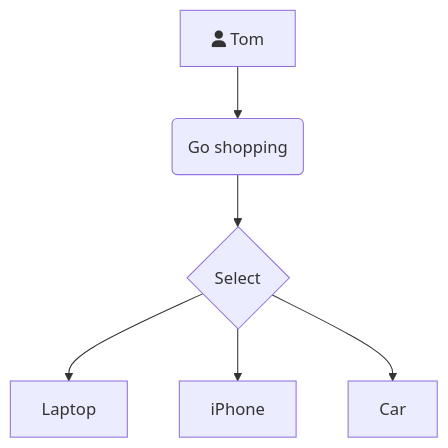
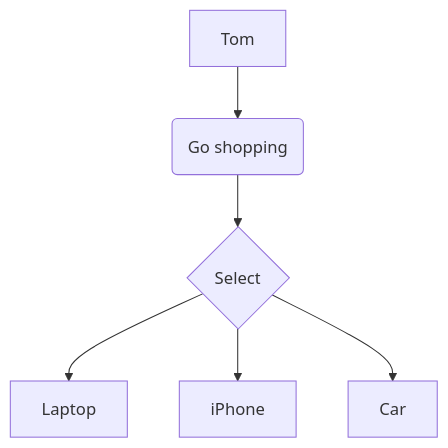
The diagram in all/未命名-1.md (123shuhai/iodraw-files), drawn with Mermaid before and after one commit.

Commit message:
2025-05-06 16:16:04 update

````diff
--- a/all/未命名-1.md
+++ b/all/未命名-1.md
@@ -1,9 +1,10 @@
 ```mermaid
 graph TD
-    A[fa:fa-user Tom] --> B(Go shopping)
+    A[Tom] --> B(Go shopping)
     B --> C{Select}
     C --> D[Laptop]
     C --> E[iPhone]
     C --> F[Car]
 
+
 ```
````
